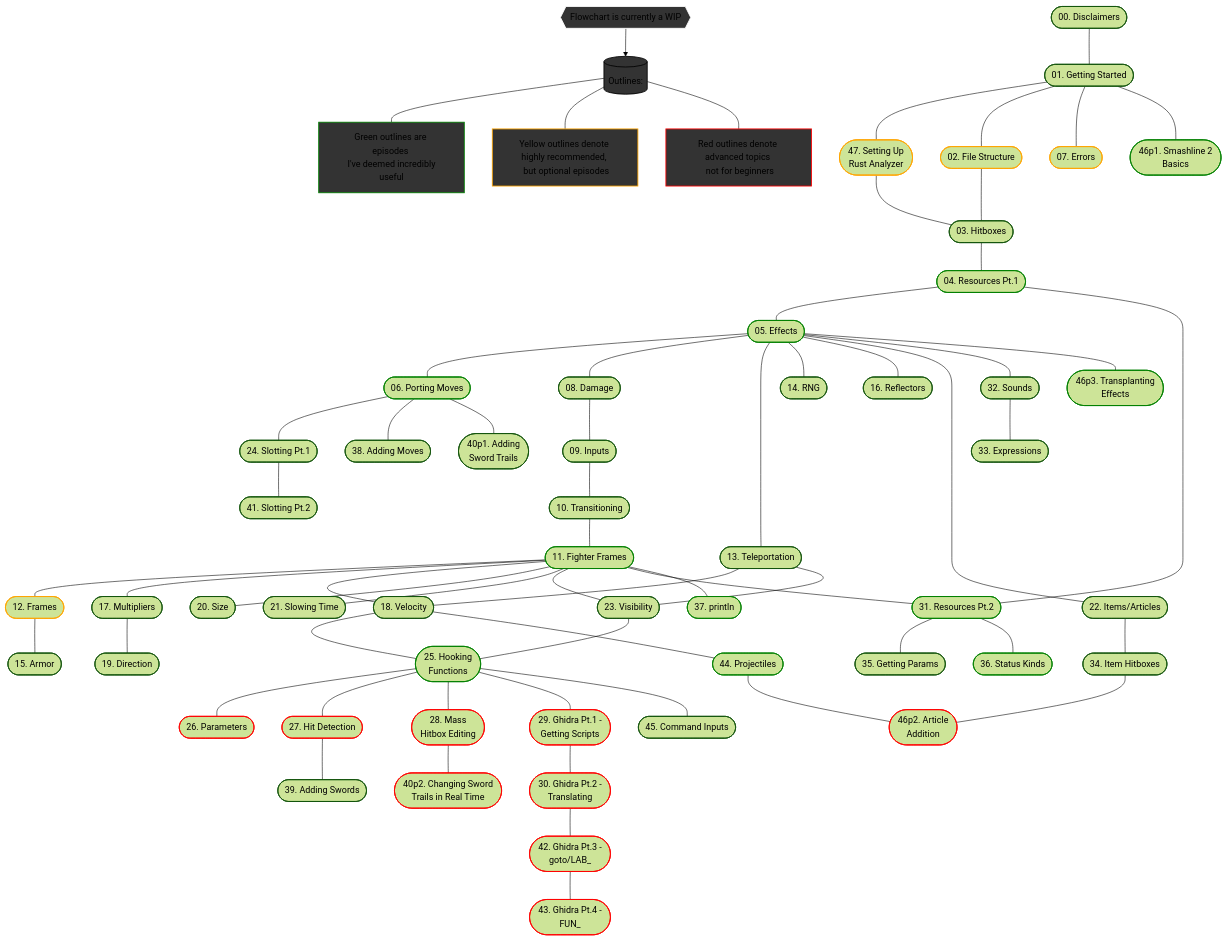
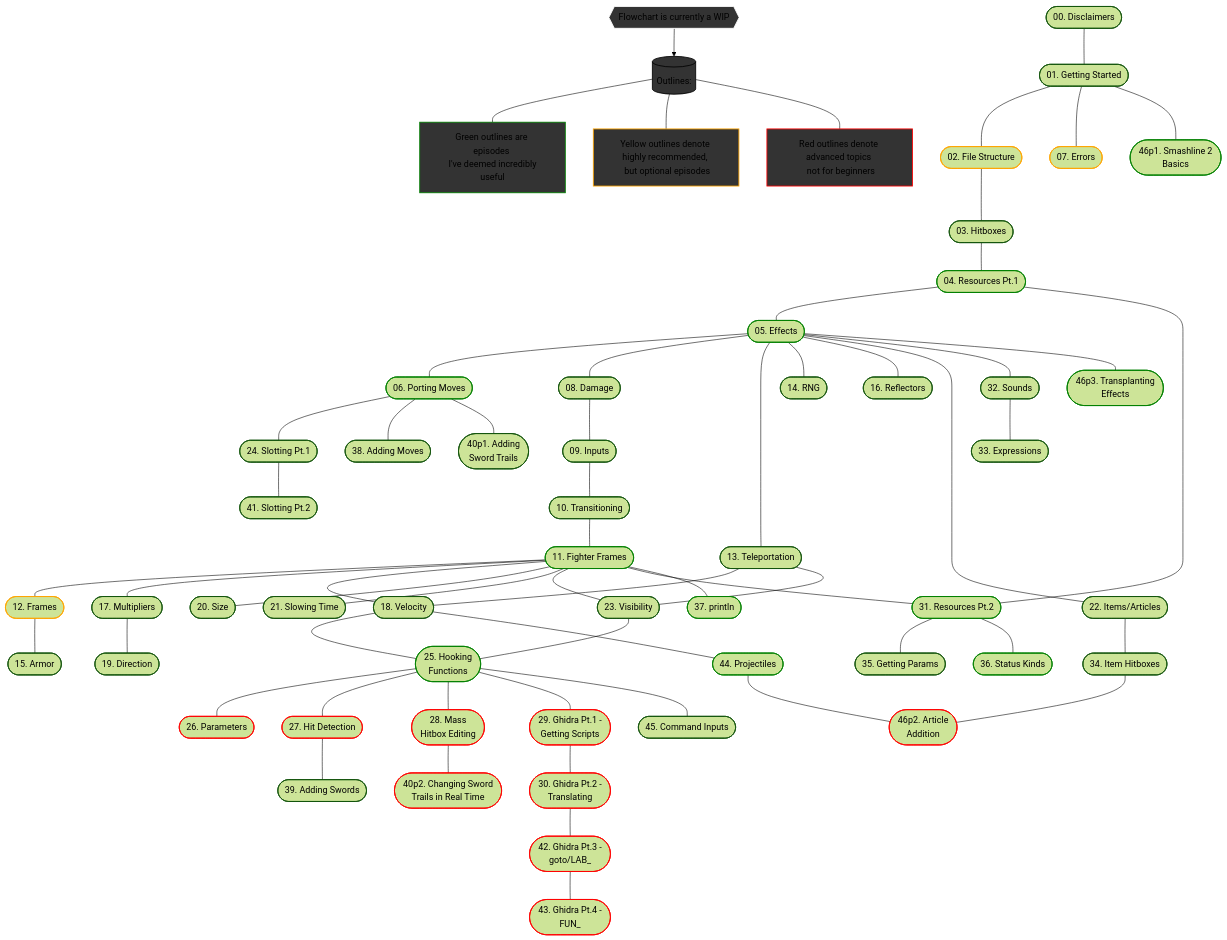
Before and after one commit to LilyLavender/ssbu-mod-workshop: the diagram in EpisodeOrder.md, drawn with Mermaid (forest theme).

Commit message:
Removed episode47 from flowchart

```diff
--- a/EpisodeOrder.md
+++ b/EpisodeOrder.md
@@ -85,15 +85,15 @@
     46.1([46p1. Smashline 2 \n Basics]):::hlG
     46.2([46p2. Article \n Addition]):::hlR
     46.3([46p3. Transplanting \n Effects]):::hlG
-    47([47. Setting Up \n Rust Analyzer]):::hlY
+    %%47([47. Setting Up \n Rust Analyzer]):::hlY
 
     %% Connections
     %%ttStart{{Start Here!}}:::hlW--- don't know if I like this or not yet
     00---01
-    01---47
+    %%01---47
     01---02
     02---03
-    47---03
+    %%47---03
     03---04
     04---05
     05---06
```
